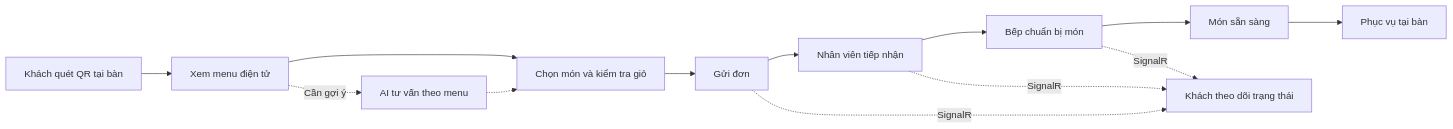
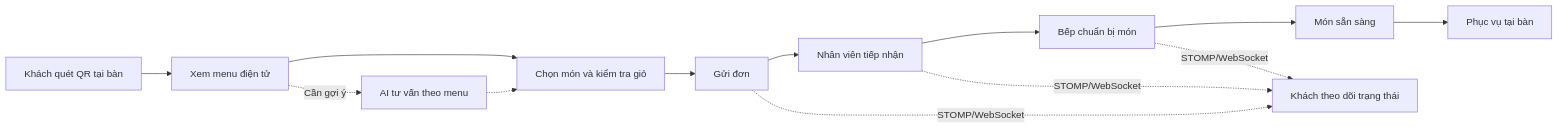
The first of 2 diagrams in README.md (Anpham120/restaurant-qr-ai-ordering-mobile), drawn with Mermaid before and after one commit. The commit also changed other lines of this file and 23 other files, not shown here.

````diff
--- a/README.md
+++ b/README.md
@@ -46,15 +46,15 @@
 ```mermaid
 flowchart LR
   Scan["Khách quét QR tại bàn"] --> Menu["Xem menu điện tử"]
   Menu --> Cart["Chọn món và kiểm tra giỏ"]
   Menu -. "Cần gợi ý" .-> AI["AI tư vấn theo menu"]
   AI -.-> Cart
   Cart --> Order["Gửi đơn"]
   Order --> Staff["Nhân viên tiếp nhận"]
   Staff --> Kitchen["Bếp chuẩn bị món"]
   Kitchen --> Ready["Món sẵn sàng"]
   Ready --> Served["Phục vụ tại bàn"]
-  Order -. "SignalR" .-> Track["Khách theo dõi trạng thái"]
-  Staff -. "SignalR" .-> Track
-  Kitchen -. "SignalR" .-> Track
+  Order -. "STOMP/WebSocket" .-> Track["Khách theo dõi trạng thái"]
+  Staff -. "STOMP/WebSocket" .-> Track
+  Kitchen -. "STOMP/WebSocket" .-> Track
 ```
````
